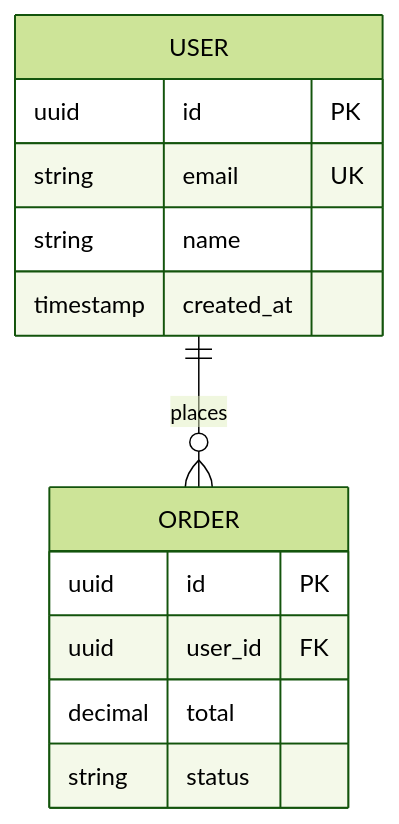
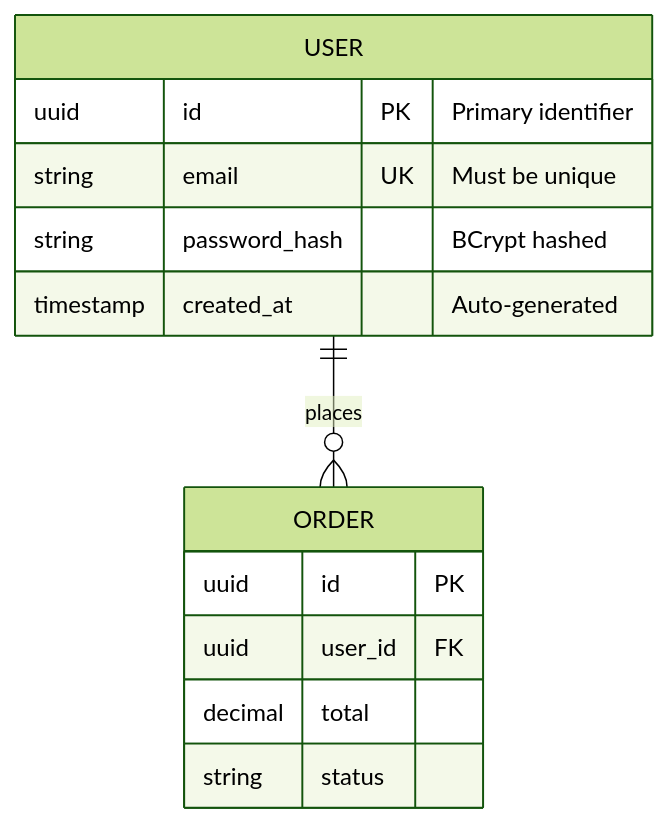
Before and after one commit to marcusquinn/aidevops: diagram 12 of 14 in .agents/tools/diagrams/mermaid-diagrams-skill/references/CLASS-ER.md, drawn with Mermaid (forest theme). The commit also changed other lines of this file and 3 other files, not shown here.

````diff
--- a/.agents/tools/diagrams/mermaid-diagrams-skill/references/CLASS-ER.md
+++ b/.agents/tools/diagrams/mermaid-diagrams-skill/references/CLASS-ER.md
@@ -324,18 +236,16 @@
 ```mermaid
 erDiagram
     USER {
-        uuid id PK
-        string email UK
-        string name
-        timestamp created_at
+        uuid id PK "Primary identifier"
+        string email UK "Must be unique"
+        string password_hash "BCrypt hashed"
+        timestamp created_at "Auto-generated"
     }
-
     ORDER {
         uuid id PK
         uuid user_id FK
         decimal total
         string status
     }
-
     USER ||--o{ ORDER : places
 ```
````
